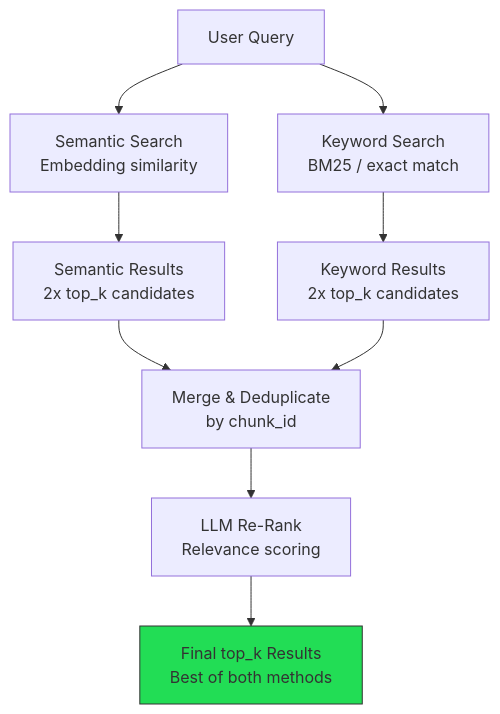
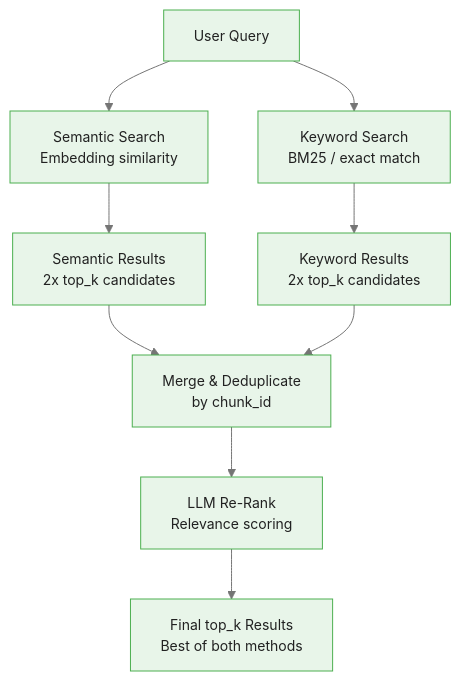
The fourth of 6 diagrams in courses/genai-commodities/modules/module_02_rag_research/guides/03_retrieval_strategies_slides.md (m-deane/course-creator), drawn with Mermaid before and after one commit. The commit also changed other lines of this file and 84 other files, not shown here.

````diff
--- a/courses/genai-commodities/modules/module_02_rag_research/guides/03_retrieval_strategies_slides.md
+++ b/courses/genai-commodities/modules/module_02_rag_research/guides/03_retrieval_strategies_slides.md
@@ -474,16 +520,15 @@
 ```mermaid
+%%{init: {"theme": "base", "themeVariables": {"primaryColor": "#e8f5e9", "primaryBorderColor": "#4caf50", "primaryTextColor": "#212121", "secondaryColor": "#e3f2fd", "tertiaryColor": "#fff8e1", "lineColor": "#757575", "fontFamily": "Inter, sans-serif", "fontSize": "14px"}}}%%
 flowchart TD
     A[User Query] --> B[Semantic Search<br/>Embedding similarity]
     A --> C[Keyword Search<br/>BM25 / exact match]
 
     B --> D[Semantic Results<br/>2x top_k candidates]
     C --> E[Keyword Results<br/>2x top_k candidates]
 
     D --> F[Merge & Deduplicate<br/>by chunk_id]
     E --> F
 
     F --> G[LLM Re-Rank<br/>Relevance scoring]
     G --> H[Final top_k Results<br/>Best of both methods]
-
-    style H fill:#2d5,stroke:#333
 ```
````
